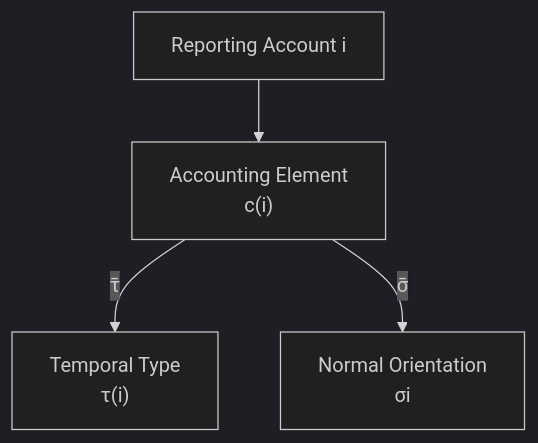
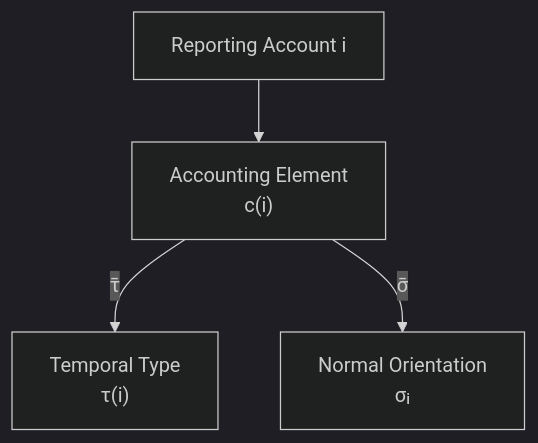
The second of 2 diagrams in theory/05-double-entry.md (niikei/accounting-state-model), drawn with Mermaid (dark theme) before and after one commit. The commit also changed other lines of this file and 8 other files, not shown here.

````diff
--- a/theory/05-double-entry.md
+++ b/theory/05-double-entry.md
@@ -286,14 +438,11 @@
 ```mermaid
 flowchart TD
     ACCOUNT["Reporting Account i"]
-
     ELEMENT["Accounting Element<br/>c(i)"]
-
     TIME["Temporal Type<br/>τ(i)"]
-
-    ORIENTATION["Normal Orientation<br/>σi"]
+    ORIENT["Normal Orientation<br/>σᵢ"]
 
     ACCOUNT --> ELEMENT
     ELEMENT -->|"τ̄"| TIME
-    ELEMENT -->|"σ̄"| ORIENTATION
+    ELEMENT -->|"σ̄"| ORIENT
 ```
````
